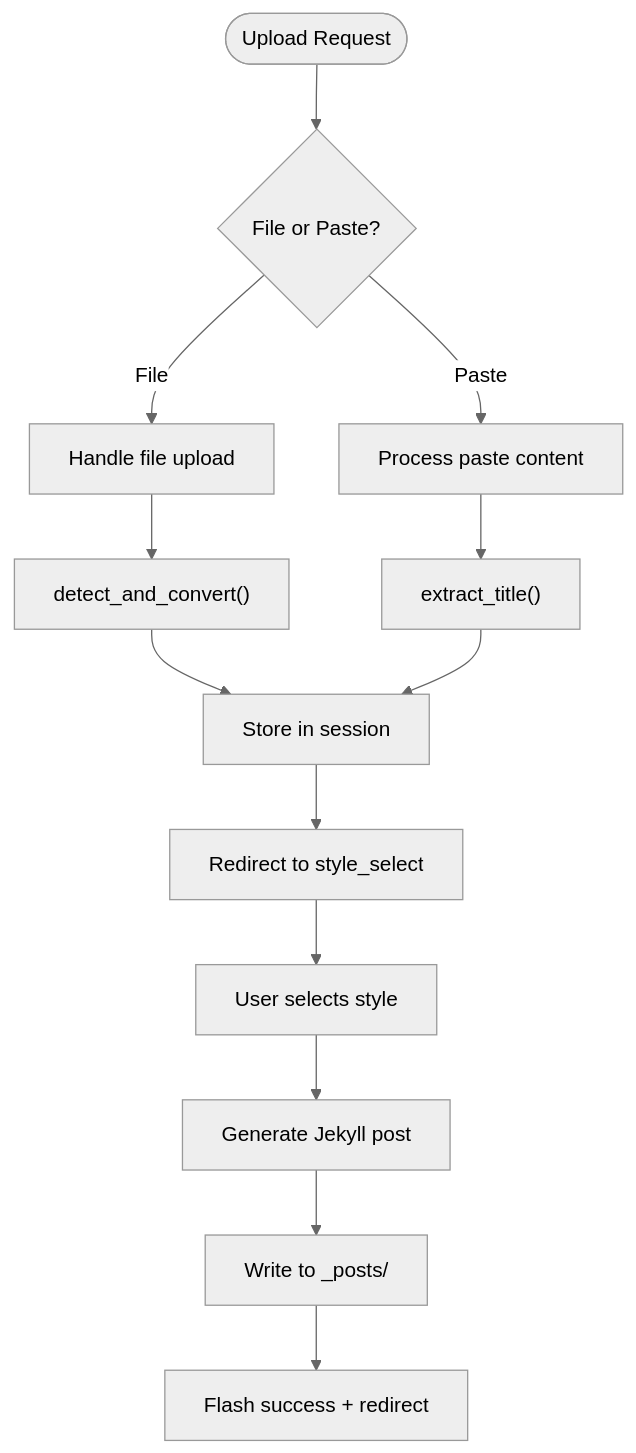
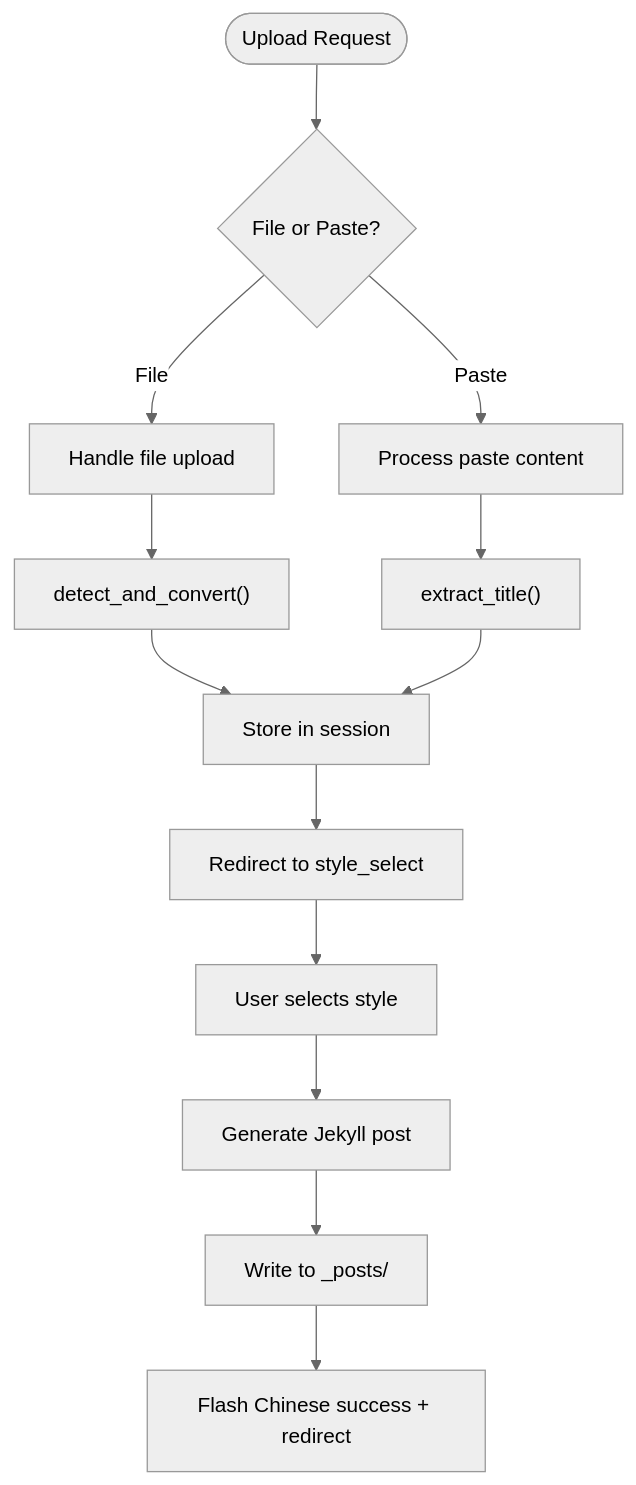
Before and after one commit to PolarisW007/PolaZhenJing: the fifth of 6 diagrams in .qoder/repowiki/en/content/Frontend Application/Frontend Application.md, drawn with Mermaid (neutral theme). The commit also changed other lines of this file and 8 other files, not shown here.

````diff
--- a/.qoder/repowiki/en/content/Frontend Application/Frontend Application.md
+++ b/.qoder/repowiki/en/content/Frontend Application/Frontend Application.md
@@ -236,15 +238,15 @@
 ```mermaid
 flowchart TD
 Start(["Upload Request"]) --> CheckType{"File or Paste?"}
 CheckType --> |File| Upload["Handle file upload"]
 CheckType --> |Paste| Paste["Process paste content"]
 Upload --> Convert["detect_and_convert()"]
 Paste --> Extract["extract_title()"]
 Convert --> Store["Store in session"]
 Extract --> Store
 Store --> Style["Redirect to style_select"]
 Style --> Select["User selects style"]
 Select --> Generate["Generate Jekyll post"]
 Generate --> Write["Write to _posts/"]
-Write --> Success["Flash success + redirect"]
+Write --> Success["Flash Chinese success + redirect"]
 ```
````
